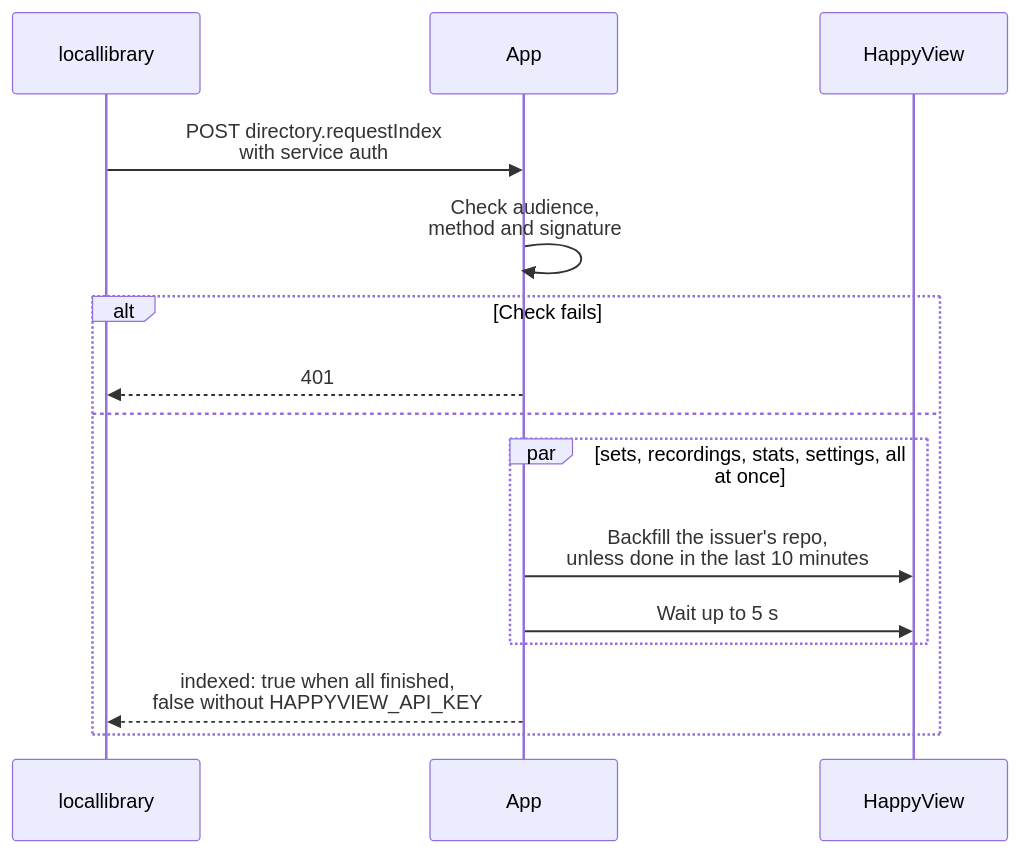
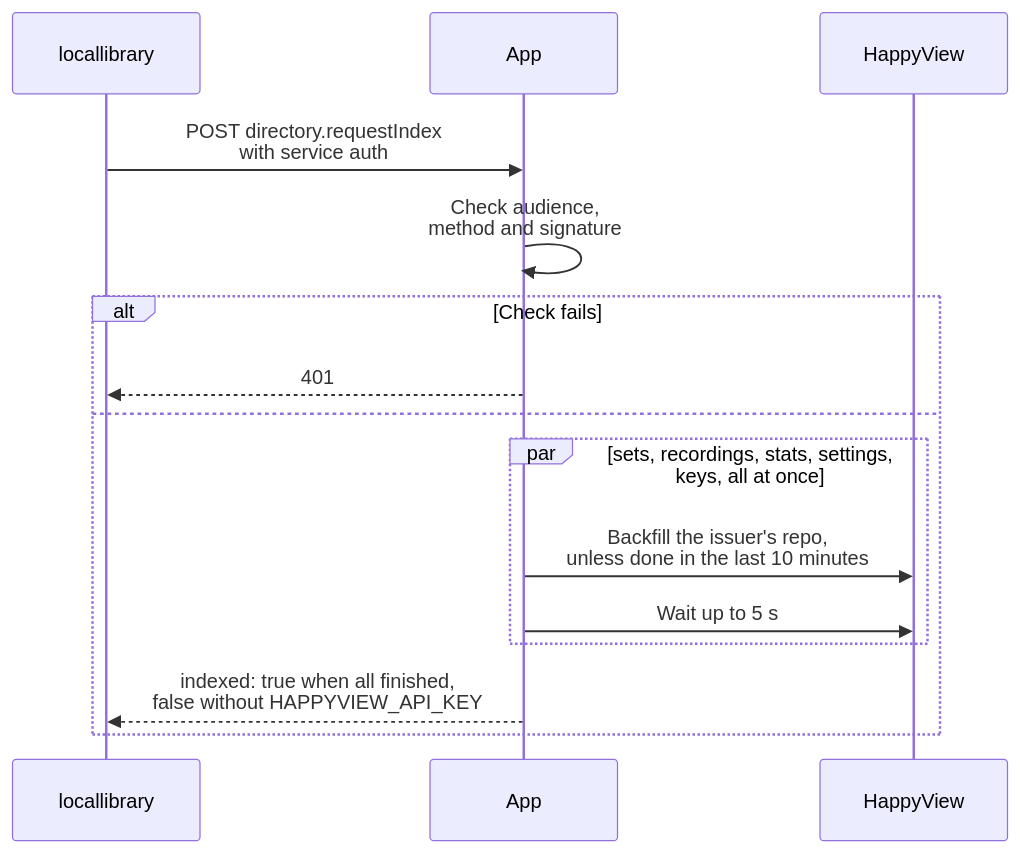
The fifth of 7 diagrams in apps/web/docs/diagrams/jobs-and-directory.md (cutenode/localnetwork), drawn with Mermaid before and after one commit. The commit also changed other lines of this file and 186 other files, not shown here.

````diff
--- a/apps/web/docs/diagrams/jobs-and-directory.md
+++ b/apps/web/docs/diagrams/jobs-and-directory.md
@@ -101,17 +101,17 @@
 ```mermaid
 sequenceDiagram
   participant L as locallibrary
   participant A as App
   participant H as HappyView
   L->>A: POST directory.requestIndex<br/>with service auth
   A->>A: Check audience,<br/>method and signature
   alt Check fails
     A-->>L: 401
   else
-    par sets, recordings, stats, settings, all at once
+    par sets, recordings, stats, settings, keys, all at once
       A->>H: Backfill the issuer's repo,<br/>unless done in the last 10 minutes
       A->>H: Wait up to 5 s
     end
     A-->>L: indexed: true when all finished,<br/>false without HAPPYVIEW_API_KEY
   end
 ```
````
